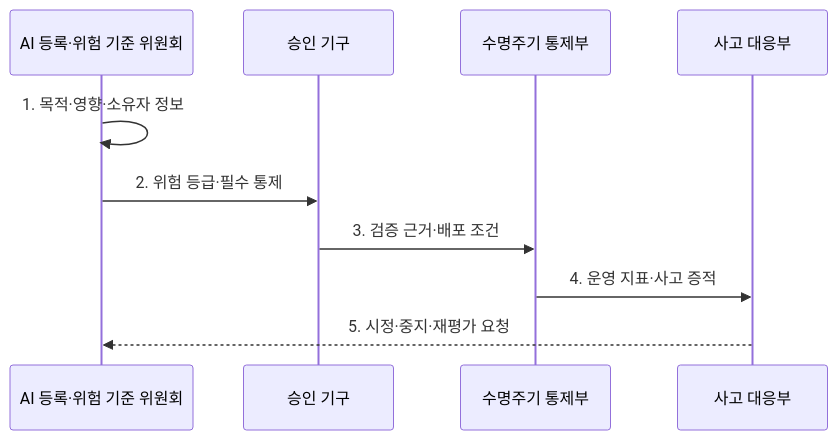
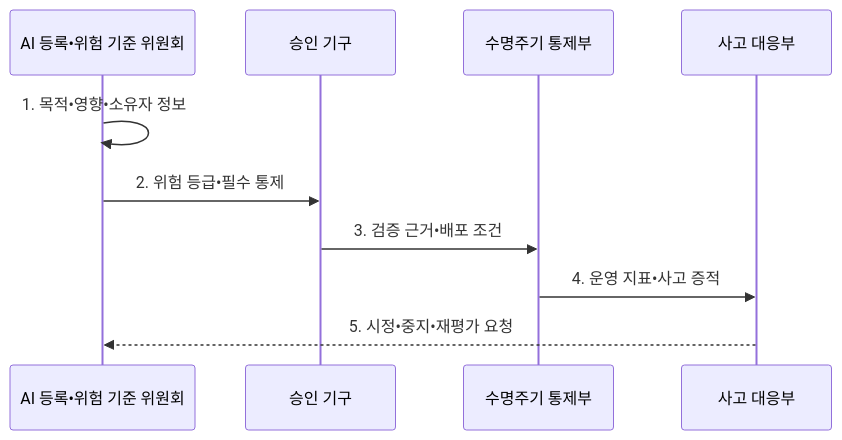
One commit to agnusdei1207/knowledge-base changed the second of 2 diagrams in src/content/docs/notes/08-latest-tech/099_ai_governance.md. Above: the diagram before and after it, drawn with Mermaid. The commit also changed other lines of this file and 953 other files, not shown here.

````diff
--- a/src/content/docs/notes/08-latest-tech/099_ai_governance.md
+++ b/src/content/docs/notes/08-latest-tech/099_ai_governance.md
@@ -108,12 +108,12 @@
 ```mermaid
 sequenceDiagram
-  participant C as AI 등록·위험 기준 위원회
+  participant C as AI 등록•위험 기준 위원회
   participant A as 승인 기구
   participant L as 수명주기 통제부
   participant I as 사고 대응부
-  C->>C: 1. 목적·영향·소유자 정보
-  C->>A: 2. 위험 등급·필수 통제
-  A->>L: 3. 검증 근거·배포 조건
-  L->>I: 4. 운영 지표·사고 증적
-  I-->>C: 5. 시정·중지·재평가 요청
+  C->>C: 1. 목적•영향•소유자 정보
+  C->>A: 2. 위험 등급•필수 통제
+  A->>L: 3. 검증 근거•배포 조건
+  L->>I: 4. 운영 지표•사고 증적
+  I-->>C: 5. 시정•중지•재평가 요청
 ```
````
